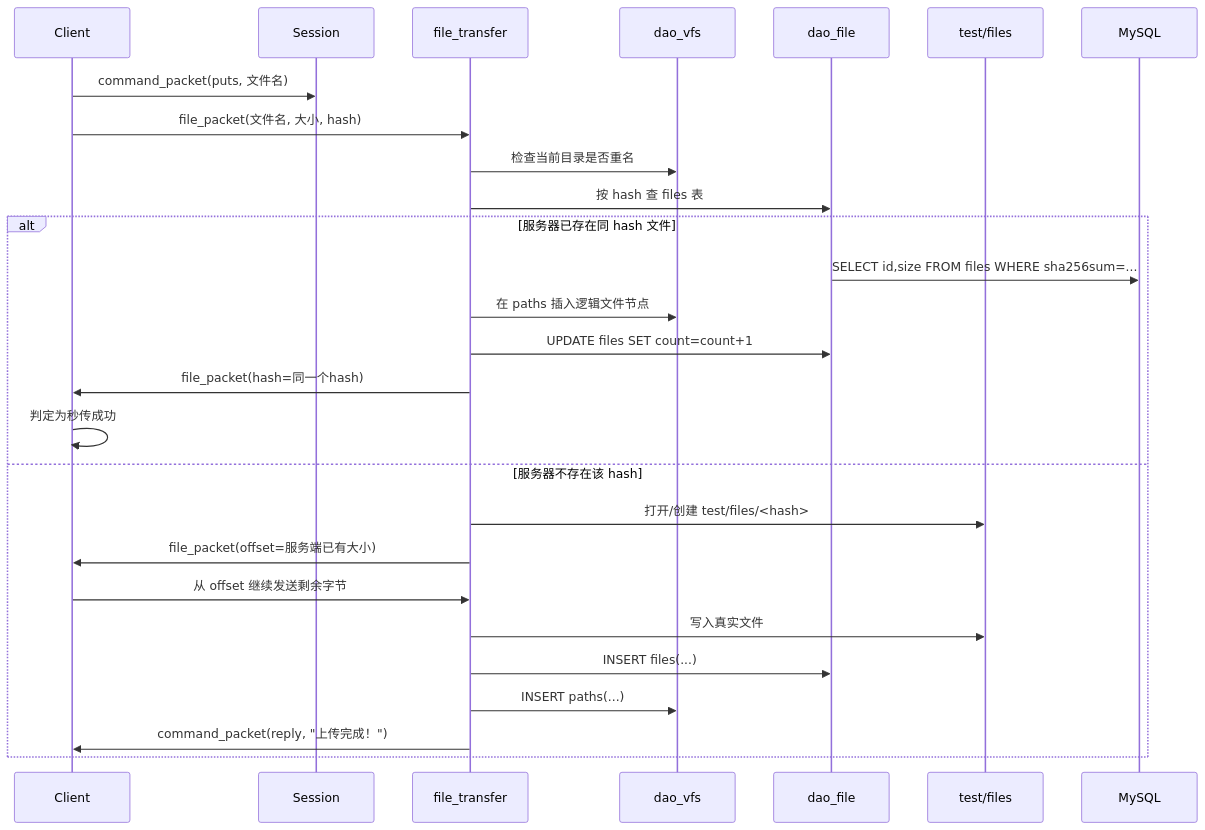
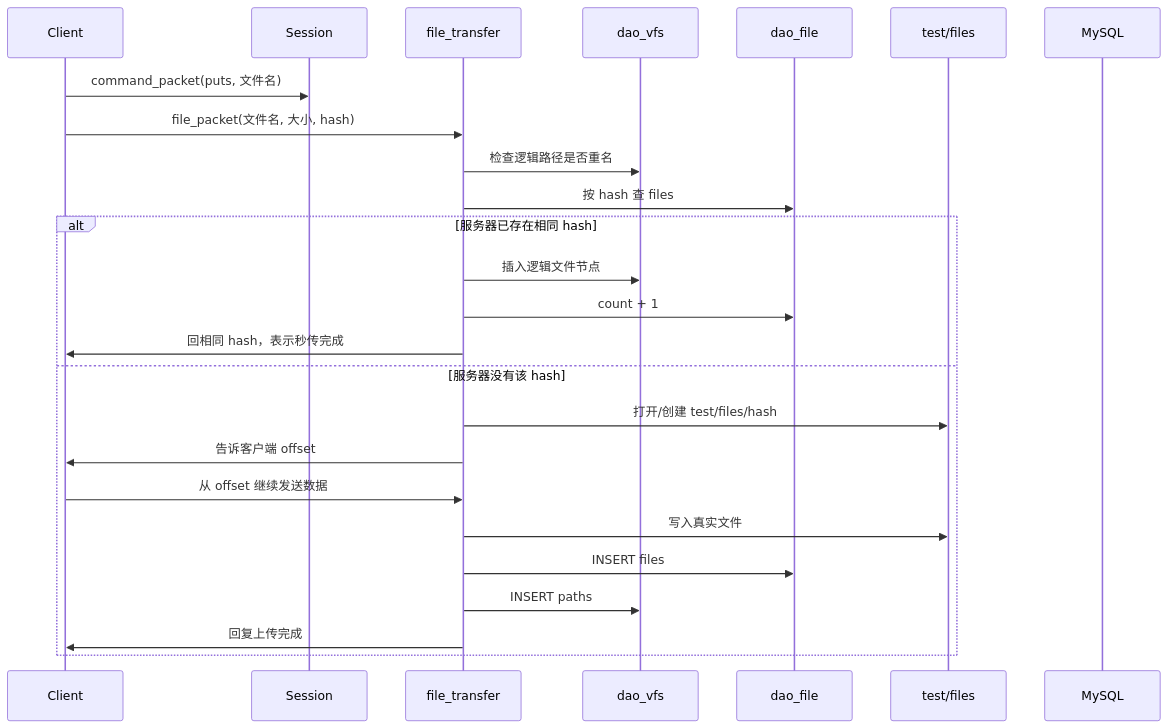
Before and after one commit to panlong-studio/WindCloud_V3: the fourth of 5 diagrams in docs/WindCloud_V3学习文档.md, drawn with Mermaid. The commit also changed other lines of this file and 23 other files, not shown here.

````diff
--- a/docs/WindCloud_V3学习文档.md
+++ b/docs/WindCloud_V3学习文档.md
@@ -150,31 +684,29 @@
 ```mermaid
 sequenceDiagram
     participant C as Client
     participant S as Session
     participant F as file_transfer
     participant V as dao_vfs
     participant DF as dao_file
     participant Disk as test/files
     participant DB as MySQL
 
     C->>S: command_packet(puts, 文件名)
     C->>F: file_packet(文件名, 大小, hash)
-    F->>V: 检查当前目录是否重名
-    F->>DF: 按 hash 查 files 表
+    F->>V: 检查逻辑路径是否重名
+    F->>DF: 按 hash 查 files
 
-    alt 服务器已存在同 hash 文件
-        DF->>DB: SELECT id,size FROM files WHERE sha256sum=...
-        F->>V: 在 paths 插入逻辑文件节点
-        F->>DF: UPDATE files SET count=count+1
-        F->>C: file_packet(hash=同一个hash)
-        C->>C: 判定为秒传成功
-    else 服务器不存在该 hash
-        F->>Disk: 打开/创建 test/files/<hash>
-        F->>C: file_packet(offset=服务端已有大小)
-        C->>F: 从 offset 继续发送剩余字节
+    alt 服务器已存在相同 hash
+        F->>V: 插入逻辑文件节点
+        F->>DF: count + 1
+        F->>C: 回相同 hash，表示秒传完成
+    else 服务器没有该 hash
+        F->>Disk: 打开/创建 test/files/hash
+        F->>C: 告诉客户端 offset
+        C->>F: 从 offset 继续发送数据
         F->>Disk: 写入真实文件
-        F->>DF: INSERT files(...)
-        F->>V: INSERT paths(...)
-        F->>C: command_packet(reply, "上传完成！")
+        F->>DF: INSERT files
+        F->>V: INSERT paths
+        F->>C: 回复上传完成
     end
 ```
````
